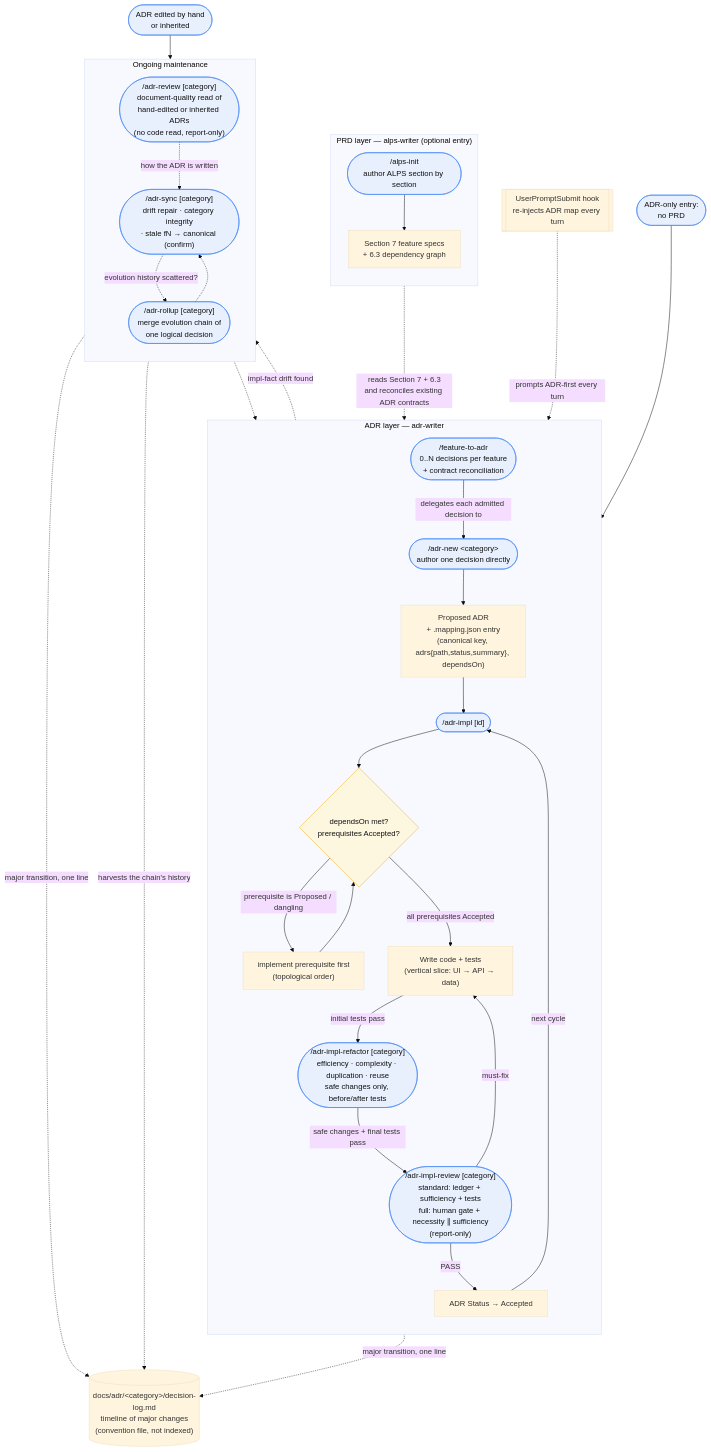
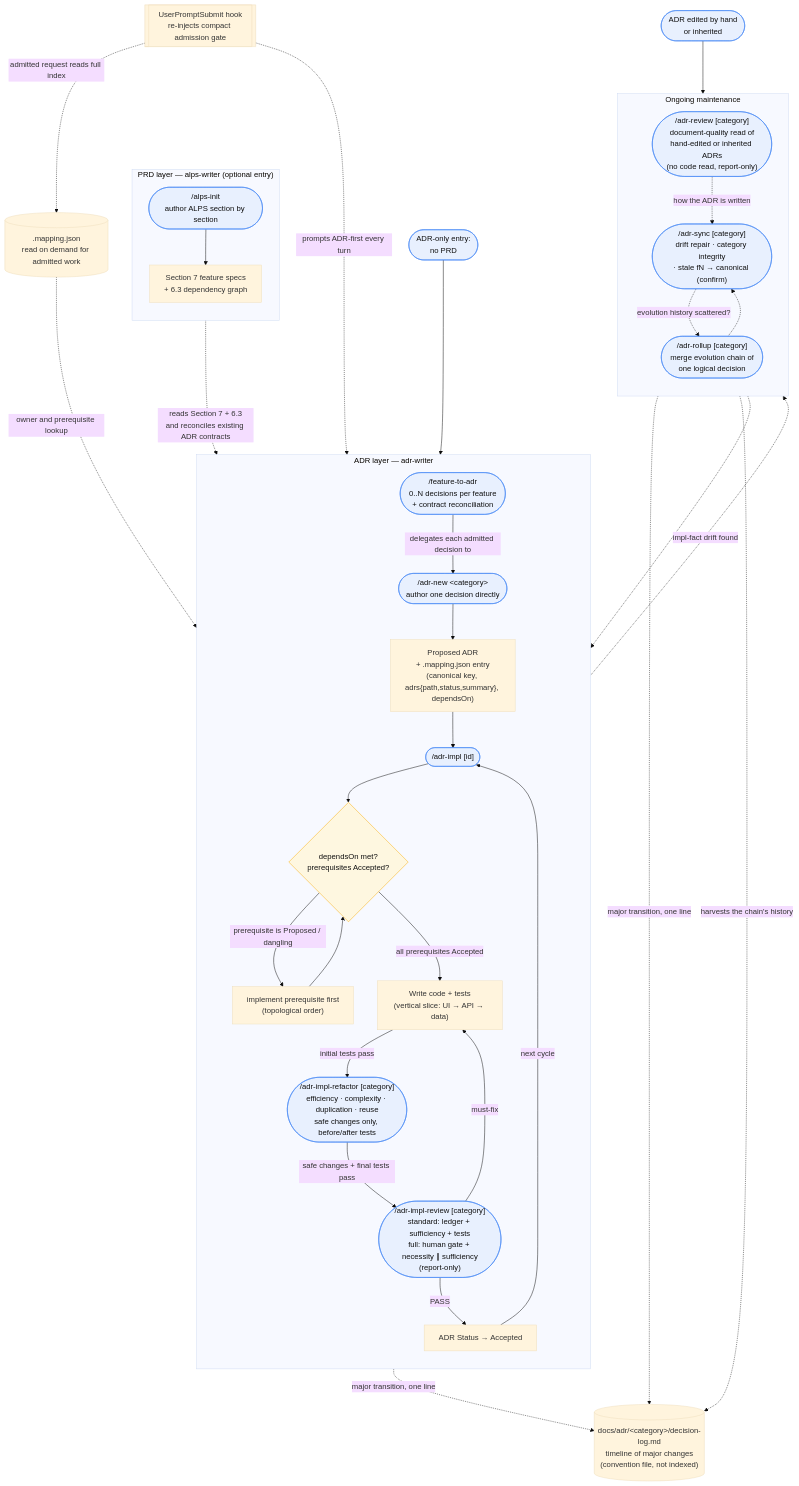
Before and after one commit to haandol/alps-writer-mcp: the second of 2 diagrams in docs/usage.md, drawn with Mermaid (base theme). The commit also changed other lines of this file and 23 other files, not shown here.

Commit message:
fix(adr): reduce per-turn hook context

````diff
--- a/docs/usage.md
+++ b/docs/usage.md
@@ -32,63 +32,66 @@
 ```mermaid
 flowchart TD
     subgraph prd["PRD layer — alps-writer (optional entry)"]
         direction TB
         Init(["/alps-init<br/>author ALPS section by section"])
         S7["Section 7 feature specs<br/>+ 6.3 dependency graph"]
         Init --> S7
     end
 
     subgraph adr["ADR layer — adr-writer"]
         direction TB
         F2A(["/feature-to-adr<br/>0..N decisions per feature<br/>+ contract reconciliation"])
         New(["/adr-new &lt;category&gt;<br/>author one decision directly"])
         Proposed["Proposed ADR<br/>+ .mapping.json entry<br/>(canonical key, adrs{path,status,summary}, dependsOn)"]
         Impl(["/adr-impl [id]"])
         Gate{"dependsOn met?<br/>prerequisites Accepted?"}
         Code["Write code + tests<br/>(vertical slice: UI → API → data)"]
         Refactor(["/adr-impl-refactor [category]<br/>efficiency · complexity · duplication · reuse<br/>safe changes only, before/after tests"])
         Review(["/adr-impl-review [category]<br/>standard: ledger + sufficiency + tests<br/>full: human gate + necessity ∥ sufficiency<br/>(report-only)"])
         Accepted["ADR Status → Accepted"]
 
         F2A -->|delegates each admitted decision to| New
         New --> Proposed
         Proposed --> Impl
         Impl --> Gate
         Gate -->|prerequisite is Proposed / dangling| PrereqFirst["implement prerequisite first<br/>(topological order)"]
         PrereqFirst --> Gate
         Gate -->|all prerequisites Accepted| Code
         Code -->|initial tests pass| Refactor
         Refactor -->|safe changes + final tests pass| Review
         Review -->|PASS| Accepted
         Review -->|must-fix| Code
     end
 
     subgraph maint["Ongoing maintenance"]
         direction TB
         Sync(["/adr-sync [category]<br/>drift repair · category integrity<br/>· stale fN → canonical (confirm)"])
         Rollup(["/adr-rollup [category]<br/>merge evolution chain of<br/>one logical decision"])
         DocRev(["/adr-review [category]<br/>document-quality read of<br/>hand-edited or inherited ADRs<br/>(no code read, report-only)"])
     end
 
-    Hook[["UserPromptSubmit hook<br/>re-injects ADR map every turn"]]
+    Hook[["UserPromptSubmit hook<br/>re-injects compact admission gate"]]
+    Mapping[(".mapping.json<br/>read on demand for admitted work")]
     Log[("docs/adr/&lt;category&gt;/decision-log.md<br/>timeline of major changes<br/>(convention file, not indexed)")]
 
     S7 -.->|"reads Section 7 + 6.3<br/>and reconciles existing ADR contracts"| F2A
     Start(["ADR-only entry:<br/>no PRD"]) --> New
     Review -.->|impl-fact drift found| Sync
     Sync -.-> Review
     Accepted -->|next cycle| Impl
     Sync -.->|evolution history scattered?| Rollup
     Rollup -.-> Sync
     Hand(["ADR edited by hand<br/>or inherited"]) --> DocRev
     DocRev -.->|"how the ADR is written"| Sync
     Hook -.->|prompts ADR-first every turn| Impl
+    Hook -.->|admitted request reads full index| Mapping
+    Mapping -.->|owner and prerequisite lookup| Impl
     Impl -.->|"major transition, one line"| Log
     Sync -.->|"major transition, one line"| Log
     Rollup -.->|"harvests the chain's history"| Log
 
     classDef cmd fill:#e8f0fe,stroke:#4285f4,color:#111;
     classDef gate fill:#fef7e0,stroke:#f9ab00,color:#111;
     class Init,F2A,New,Impl,Refactor,Review,Sync,Rollup,DocRev,Start,Hand cmd;
     class Gate gate;
 ```
````
